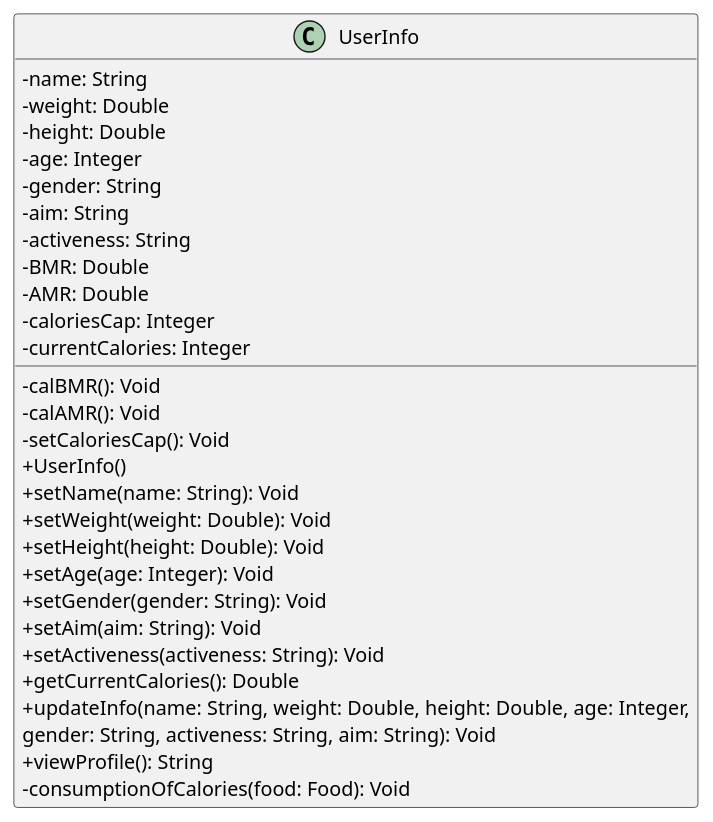
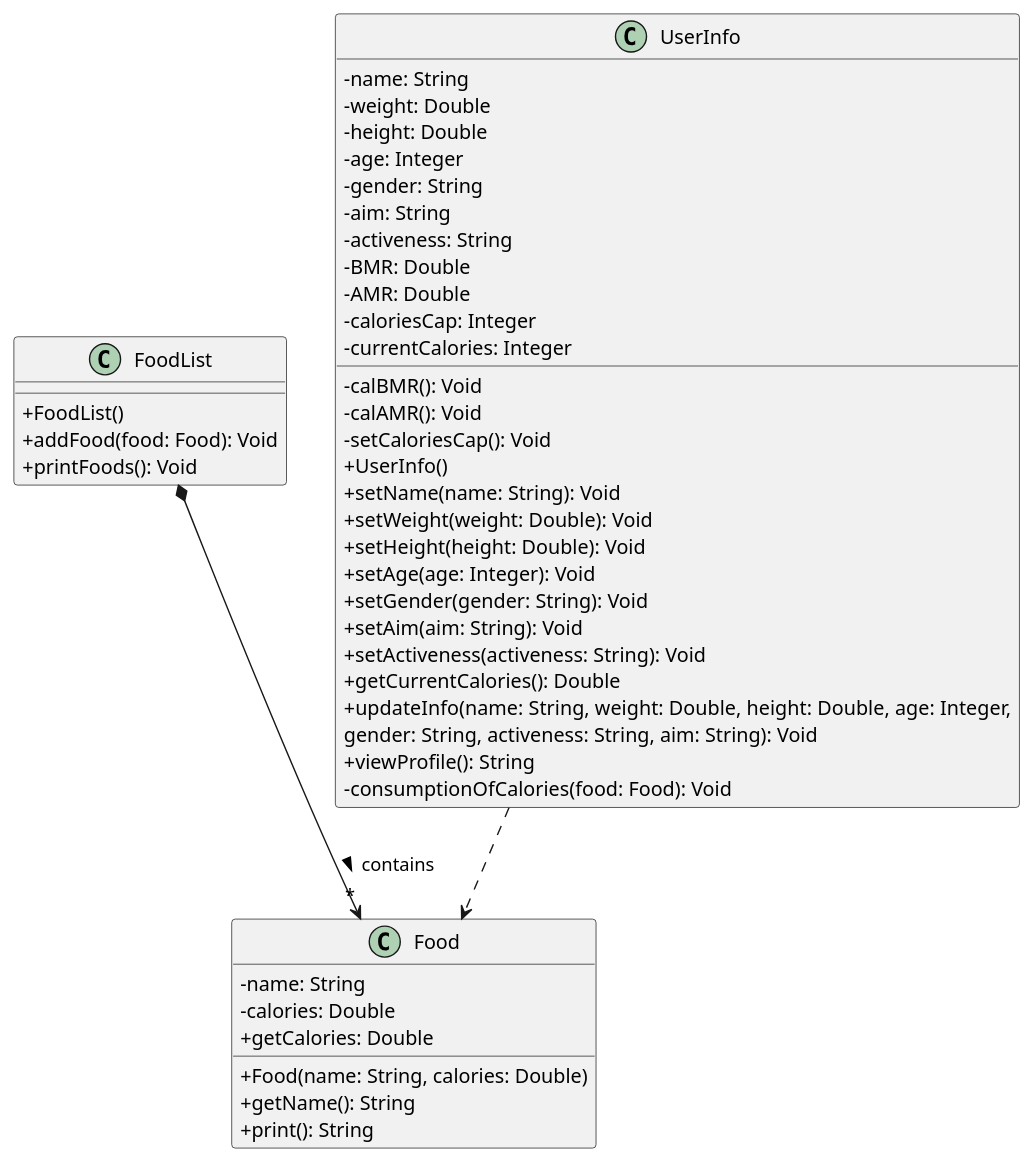
The diagram in docs/diagrams/UserInfo.puml (LuoYu-uwu/tp), drawn with PlantUML before and after one commit. The commit also changed 4 other files, not shown here.

Commit message:
Update UserInfo class diagram

```diff
--- a/docs/diagrams/UserInfo.puml
+++ b/docs/diagrams/UserInfo.puml
@@ -1,33 +1,48 @@
 @startuml
 skinparam classAttributeIconSize 0
+class FoodList {
+    +FoodList()
+    +addFood(food: Food): Void
+    +printFoods(): Void
+}
+class Food {
+    -name: String
+    -calories: Double
+    +Food(name: String, calories: Double)
+    +getName(): String
+    +getCalories: Double
+    +print(): String
+}
+FoodList *--> "*" Food: contains >
+
 class UserInfo {
     -name: String
     -weight: Double
     -height: Double
     -age: Integer
     -gender: String
     -aim: String
     -activeness: String
     -BMR: Double
     -AMR: Double
     -caloriesCap: Integer
     -currentCalories: Integer
     -calBMR(): Void
     -calAMR(): Void
     -setCaloriesCap(): Void
     +UserInfo()
     +setName(name: String): Void
     +setWeight(weight: Double): Void
     +setHeight(height: Double): Void
     +setAge(age: Integer): Void
     +setGender(gender: String): Void
     +setAim(aim: String): Void
     +setActiveness(activeness: String): Void
     +getCurrentCalories(): Double
     +updateInfo(name: String, weight: Double, height: Double, age: Integer,
                                gender: String, activeness: String, aim: String): Void
     +viewProfile(): String
     -consumptionOfCalories(food: Food): Void
 }
-
+UserInfo ..> Food
 @enduml
```
